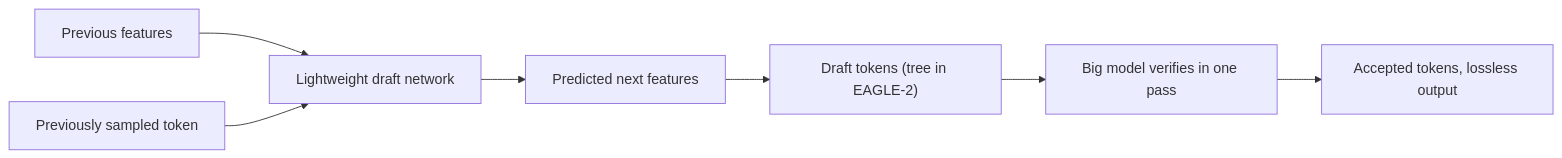
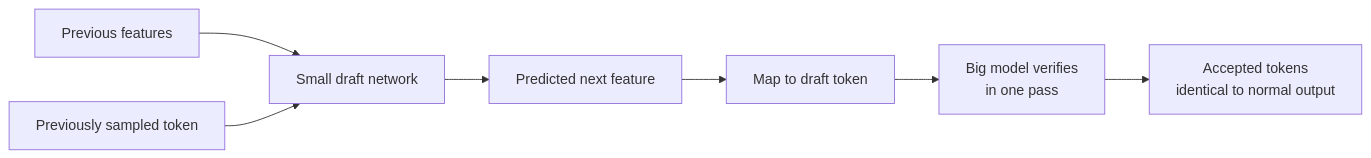
Before and after one commit to kaisarnajar/outcome-school-blogs: the diagram in notes/step-12-llm-inference-engineering/157-decoding-eagle.md, drawn with Mermaid. The commit also changed other lines of this file and 233 other files, not shown here.

````diff
--- a/notes/step-12-llm-inference-engineering/157-decoding-eagle.md
+++ b/notes/step-12-llm-inference-engineering/157-decoding-eagle.md
@@ -43,9 +25,9 @@
 ```mermaid
 flowchart LR
-    F["Previous features"] --> D["Lightweight draft network"]
-    T["Previously sampled token"] --> D
-    D --> NF["Predicted next features"]
-    NF --> DT["Draft tokens (tree in EAGLE-2)"]
-    DT --> V["Big model verifies in one pass"]
-    V --> A["Accepted tokens, lossless output"]
+    F1["Previous features"] --> DN["Small draft network"]
+    T1["Previously sampled token"] --> DN
+    DN --> F2["Predicted next feature"]
+    F2 --> TK["Map to draft token"]
+    TK --> VR["Big model verifies<br/>in one pass"]
+    VR --> OUT["Accepted tokens<br/>identical to normal output"]
 ```
````
